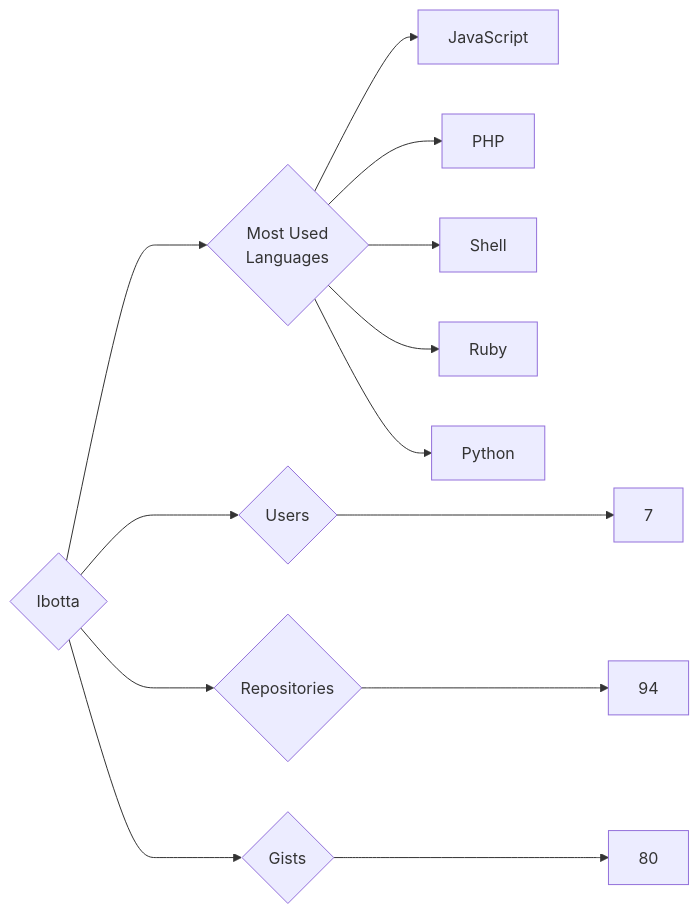
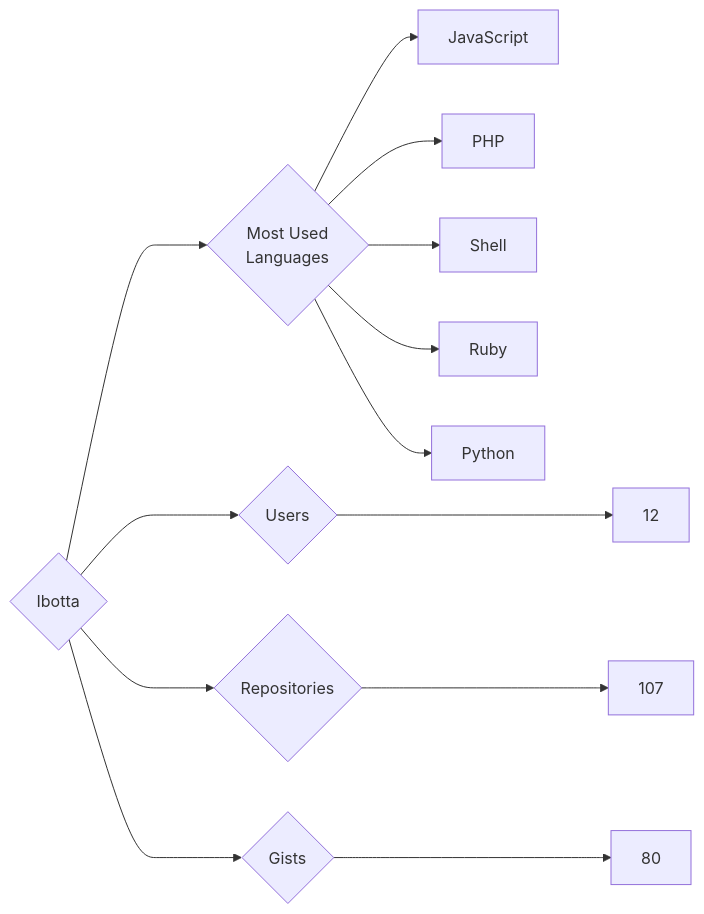
The diagram in targets/Ibotta/README.md (trickest/insiders), drawn with Mermaid before and after one commit. The commit also changed 752 other files, not shown here.

````diff
--- a/targets/Ibotta/README.md
+++ b/targets/Ibotta/README.md
@@ -3,13 +3,13 @@
 ```mermaid
 graph LR
 COMPANY_NAME{Ibotta}
-COMPANY_NAME ---> U{Users} ---> UN[7]
-COMPANY_NAME ---> R{Repositories} ---> RN[94]
+COMPANY_NAME ---> U{Users} ---> UN[12]
+COMPANY_NAME ---> R{Repositories} ---> RN[107]
 COMPANY_NAME ---> G{Gists} ---> GN[80]
 COMPANY_NAME ---> ML{Most Used<br>Languages}
 ML --> JavaScript[JavaScript]
 ML --> PHP[PHP]
 ML --> Shell[Shell]
 ML --> Ruby[Ruby]
 ML --> Python[Python]
 ```
````
